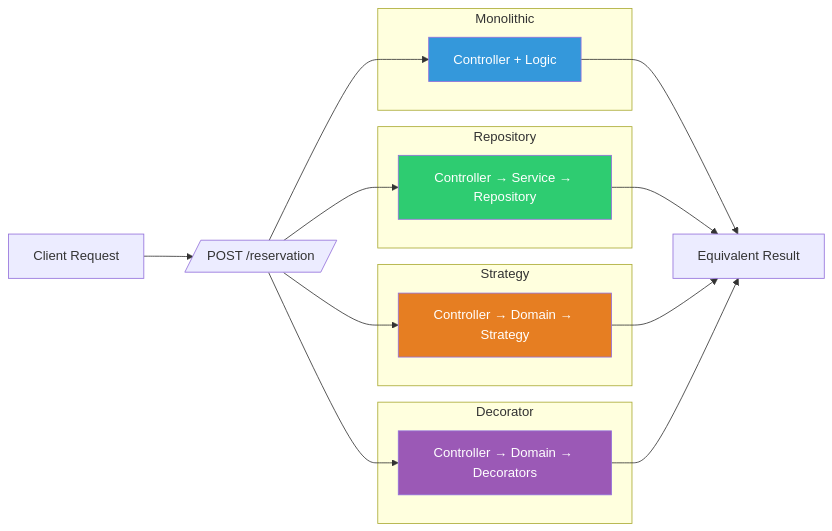
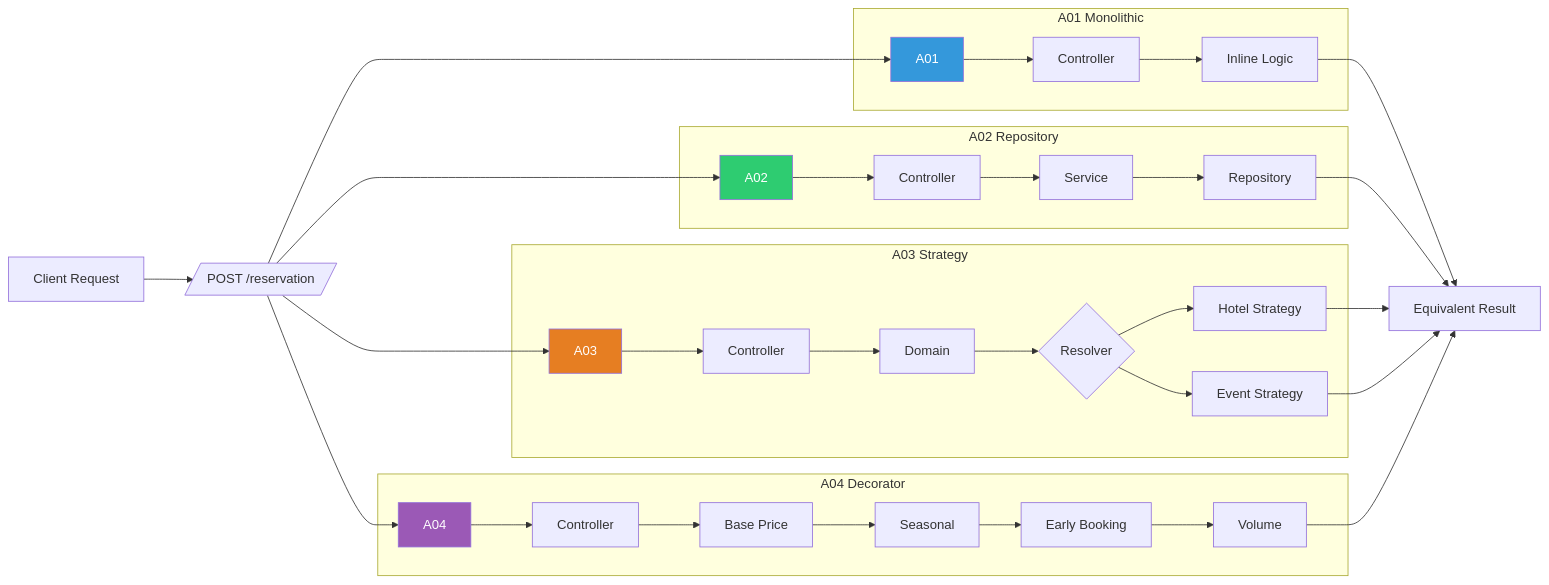
The first of 4 diagrams in README.md (MMoza/reservations), drawn with Mermaid before and after one commit.

Commit message:
update diagram

````diff
--- a/README.md
+++ b/README.md
@@ -74,38 +74,58 @@
 ```mermaid
 flowchart LR
 
+    %% Entrada
     A[Client Request] --> B[/POST /reservation/]
 
+    %% Split
     B --> A01
     B --> A02
     B --> A03
     B --> A04
 
-    subgraph Monolithic
-        A01[Controller + Logic]
+    %% A01
+    subgraph A01 Monolithic
+        A01 --> C1[Controller]
+        C1 --> L1[Inline Logic]
     end
 
-    subgraph Repository
-        A02[Controller → Service → Repository]
+    %% A02
+    subgraph A02 Repository
+        A02 --> C2[Controller]
+        C2 --> S2[Service]
+        S2 --> R2[Repository]
     end
 
-    subgraph Strategy
-        A03[Controller → Domain → Strategy]
+    %% A03
+    subgraph A03 Strategy
+        A03 --> C3[Controller]
+        C3 --> D3[Domain]
+        D3 --> F3{Resolver}
+        F3 --> ST1[Hotel Strategy]
+        F3 --> ST2[Event Strategy]
     end
 
-    subgraph Decorator
-        A04[Controller → Domain → Decorators]
+    %% A04
+    subgraph A04 Decorator
+        A04 --> C4[Controller]
+        C4 --> D4[Base Price]
+        D4 --> DE1[Seasonal]
+        DE1 --> DE2[Early Booking]
+        DE2 --> DE3[Volume]
     end
 
-    A01 --> OUT
-    A02 --> OUT
-    A03 --> OUT
-    A04 --> OUT
+    %% Output
+    L1 --> OUT
+    R2 --> OUT
+    ST1 --> OUT
+    ST2 --> OUT
+    DE3 --> OUT
 
     OUT[Equivalent Result]
 
+    %% Styles
     style A01 fill:#3498db,color:#fff
     style A02 fill:#2ecc71,color:#fff
     style A03 fill:#e67e22,color:#fff
     style A04 fill:#9b59b6,color:#fff
 ```
````
